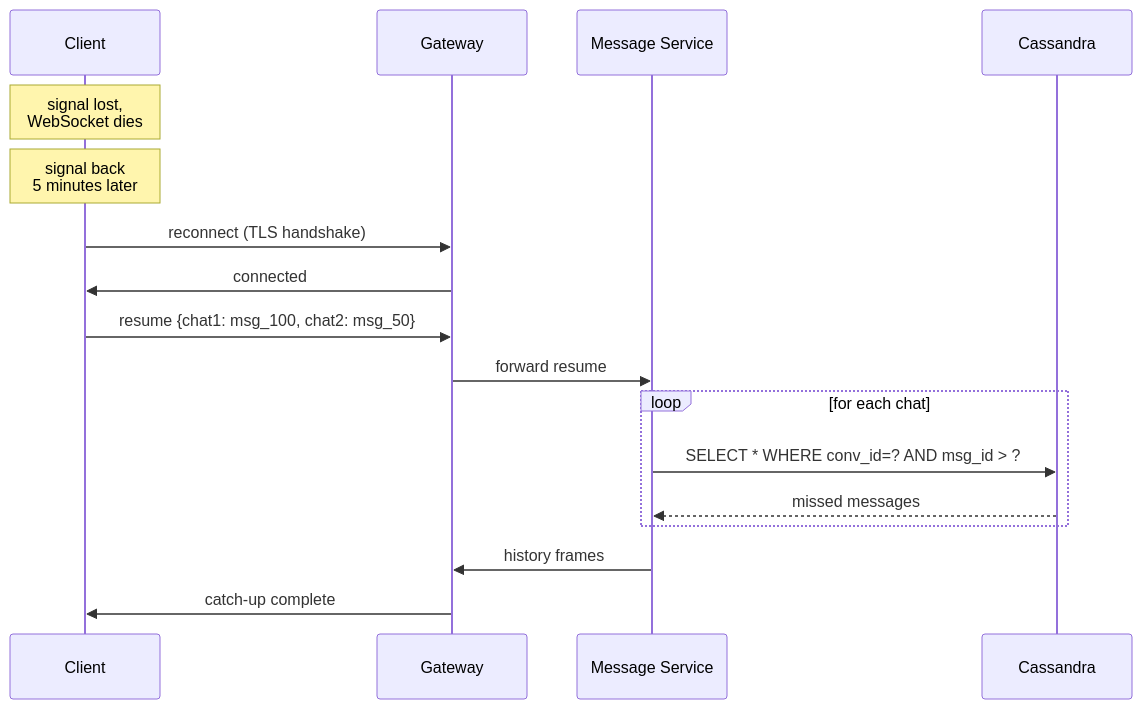
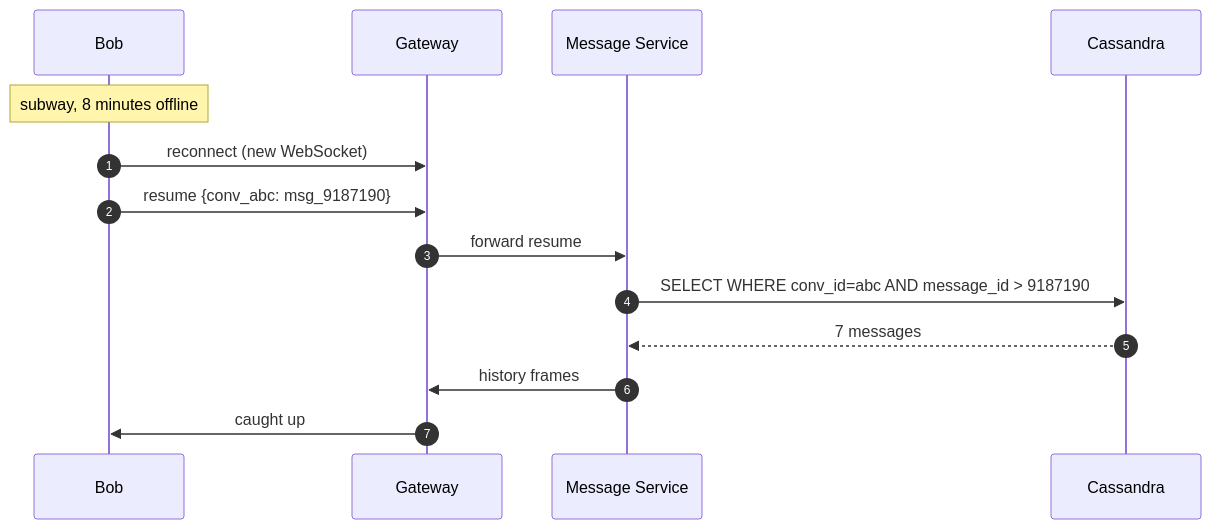
One commit to shiningflash/system-design changed the tenth of 10 diagrams in problems/003-chat-system/question.md. Above: the diagram before and after it, drawn with Mermaid. The commit also changed other lines of this file and 38 other files, not shown here.

````diff
--- a/problems/003-chat-system/question.md
+++ b/problems/003-chat-system/question.md
@@ -422,20 +419,17 @@
 ```mermaid
 sequenceDiagram
-    participant C as Client
+    autonumber
+    participant Bob
     participant GW as Gateway
     participant MS as Message Service
-    participant DB as Cassandra
+    participant Cass as Cassandra
 
-    Note over C: signal lost,<br/>WebSocket dies
-    Note over C: signal back<br/>5 minutes later
-    C->>GW: reconnect (TLS handshake)
-    GW->>C: connected
-    C->>GW: resume {chat1: msg_100, chat2: msg_50}
+    Note over Bob: subway, 8 minutes offline
+    Bob->>GW: reconnect (new WebSocket)
+    Bob->>GW: resume {conv_abc: msg_9187190}
     GW->>MS: forward resume
-    loop for each chat
-        MS->>DB: SELECT * WHERE conv_id=? AND msg_id > ?
-        DB-->>MS: missed messages
-    end
+    MS->>Cass: SELECT WHERE conv_id=abc AND message_id > 9187190
+    Cass-->>MS: 7 messages
     MS->>GW: history frames
-    GW->>C: catch-up complete
+    GW->>Bob: caught up
 ```
````
